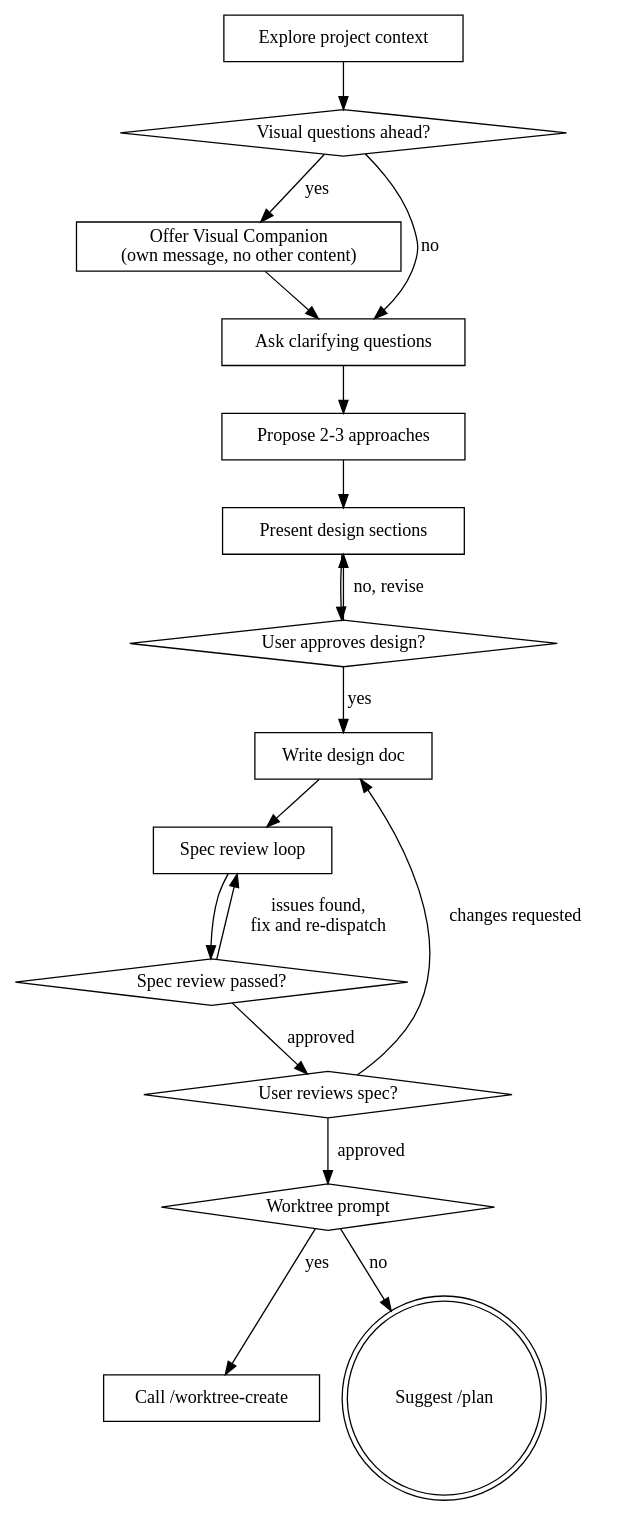
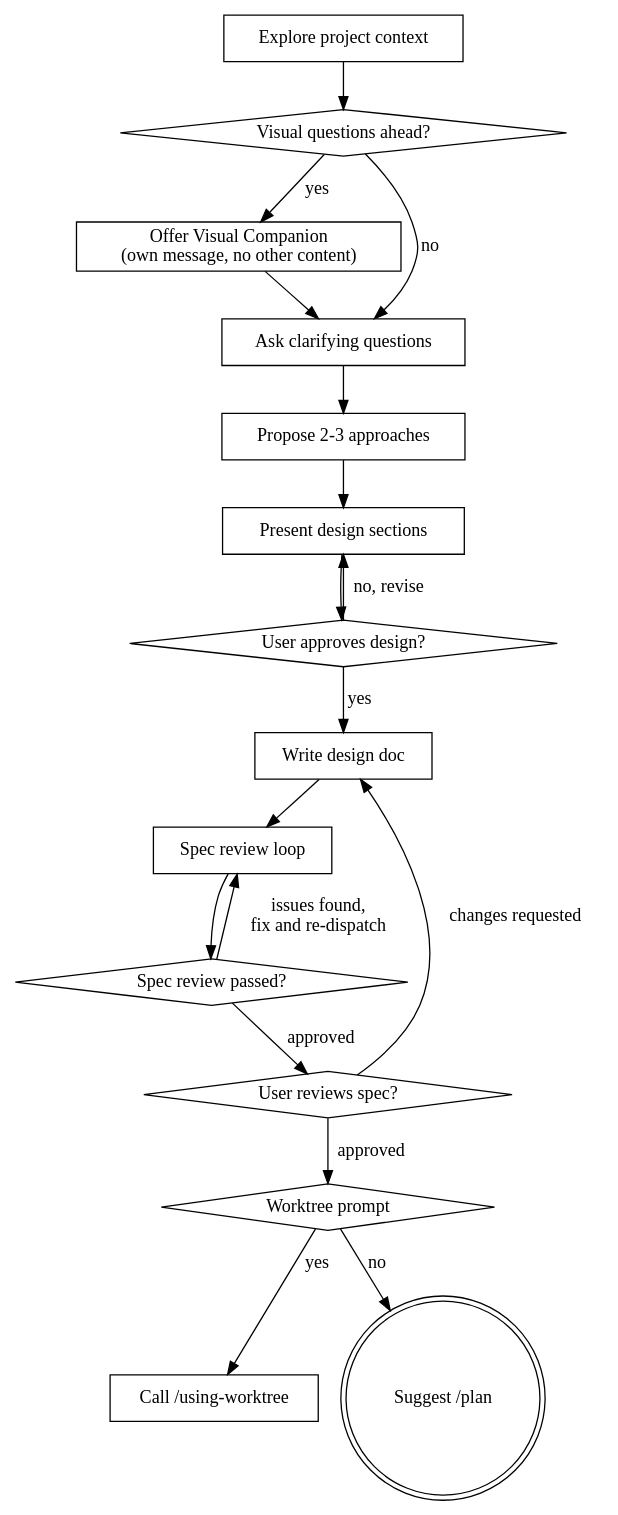
The diagram in skills/spec/SKILL.md (citruseason/flow), drawn with Graphviz before and after one commit. The commit also changed other lines of this file and 7 other files, not shown here.

First line of the commit message:
refactor: rename worktree-create → using-worktree

````diff
--- a/skills/spec/SKILL.md
+++ b/skills/spec/SKILL.md
@@ -36,36 +36,36 @@
 ```dot
 digraph spec {
     "Explore project context" [shape=box];
     "Visual questions ahead?" [shape=diamond];
     "Offer Visual Companion\n(own message, no other content)" [shape=box];
     "Ask clarifying questions" [shape=box];
     "Propose 2-3 approaches" [shape=box];
     "Present design sections" [shape=box];
     "User approves design?" [shape=diamond];
     "Write design doc" [shape=box];
     "Spec review loop" [shape=box];
     "Spec review passed?" [shape=diamond];
     "User reviews spec?" [shape=diamond];
     "Worktree prompt" [shape=diamond];
-    "Call /worktree-create" [shape=box];
+    "Call /using-worktree" [shape=box];
     "Suggest /plan" [shape=doublecircle];
 
     "Explore project context" -> "Visual questions ahead?";
     "Visual questions ahead?" -> "Offer Visual Companion\n(own message, no other content)" [label="yes"];
     "Visual questions ahead?" -> "Ask clarifying questions" [label="no"];
     "Offer Visual Companion\n(own message, no other content)" -> "Ask clarifying questions";
     "Ask clarifying questions" -> "Propose 2-3 approaches";
     "Propose 2-3 approaches" -> "Present design sections";
     "Present design sections" -> "User approves design?";
     "User approves design?" -> "Present design sections" [label="no, revise"];
     "User approves design?" -> "Write design doc" [label="yes"];
     "Write design doc" -> "Spec review loop";
     "Spec review loop" -> "Spec review passed?";
     "Spec review passed?" -> "Spec review loop" [label="issues found,\nfix and re-dispatch"];
     "Spec review passed?" -> "User reviews spec?" [label="approved"];
     "User reviews spec?" -> "Write design doc" [label="changes requested"];
     "User reviews spec?" -> "Worktree prompt" [label="approved"];
-    "Worktree prompt" -> "Call /worktree-create" [label="yes"];
+    "Worktree prompt" -> "Call /using-worktree" [label="yes"];
     "Worktree prompt" -> "Suggest /plan" [label="no"];
 }
 ```
````
